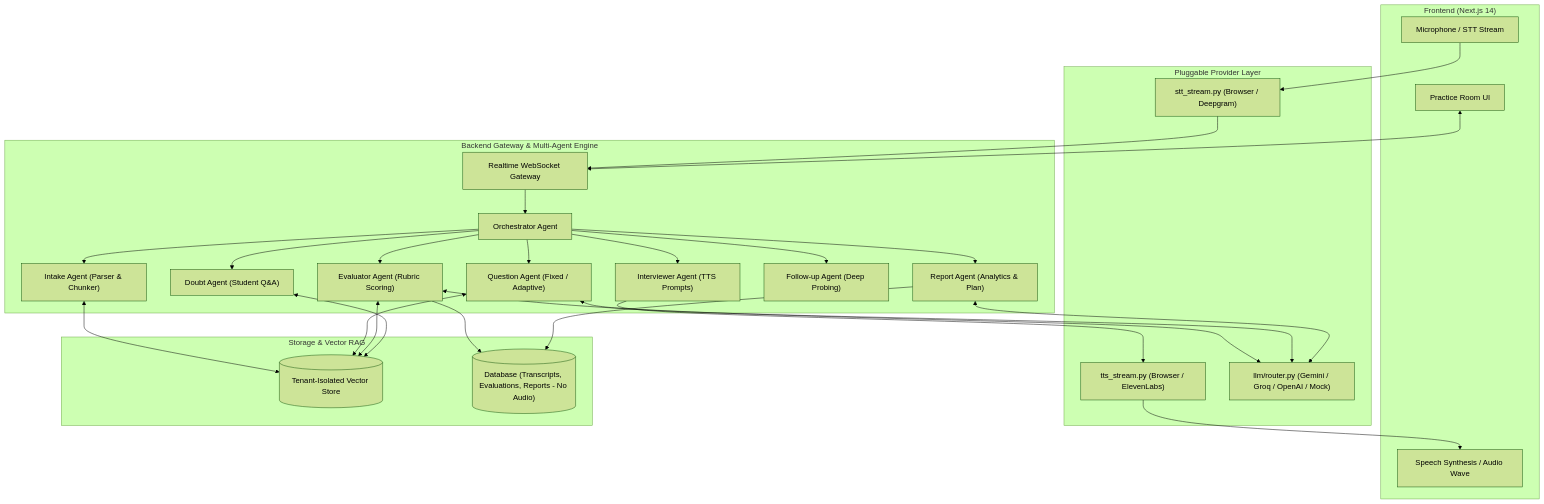
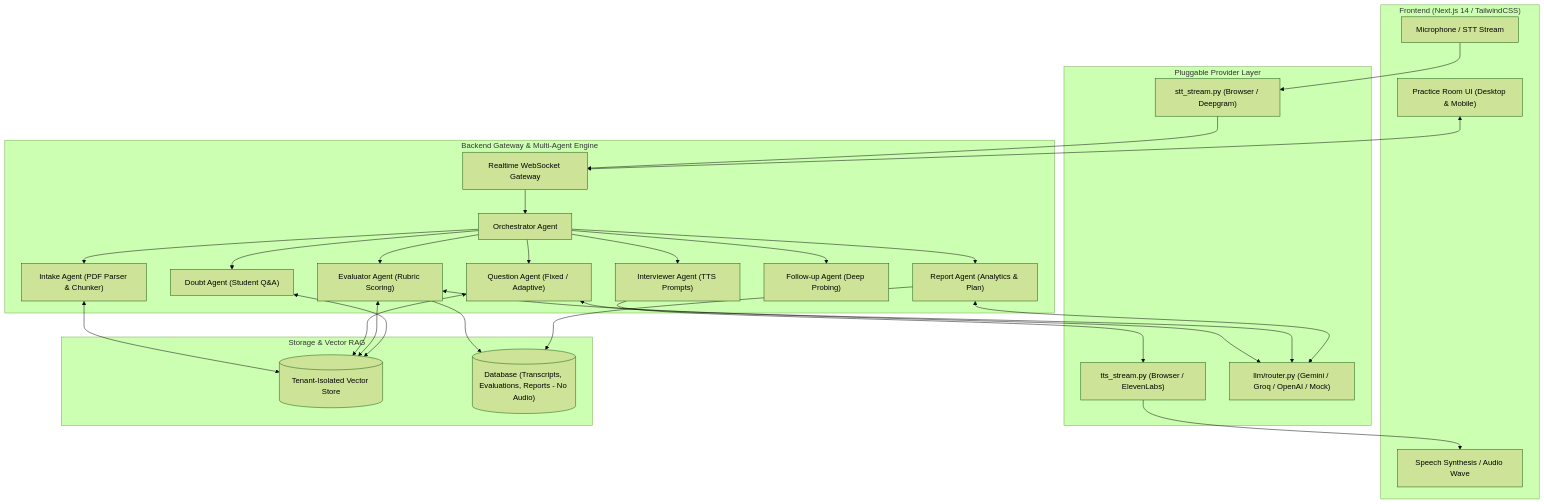
Before and after one commit to Anu7276/VIVORA: the first of 2 diagrams in README.md, drawn with Mermaid (forest theme). The commit also changed other lines of this file and 1 other file, not shown here.

````diff
--- a/README.md
+++ b/README.md
@@ -41,40 +70,40 @@
 ```mermaid
 flowchart TB
-    subgraph Client["Frontend (Next.js 14)"]
-        UI["Practice Room UI"]
+    subgraph Client["Frontend (Next.js 14 / TailwindCSS)"]
+        UI["Practice Room UI (Desktop & Mobile)"]
         MIC["Microphone / STT Stream"]
         TTS["Speech Synthesis / Audio Wave"]
     end
 
     subgraph Core["Backend Gateway & Multi-Agent Engine"]
         WS["Realtime WebSocket Gateway"]
         ORC["Orchestrator Agent"]
-        INTAKE["Intake Agent (Parser & Chunker)"]
+        INTAKE["Intake Agent (PDF Parser & Chunker)"]
         QA["Question Agent (Fixed / Adaptive)"]
         INT["Interviewer Agent (TTS Prompts)"]
         EVAL["Evaluator Agent (Rubric Scoring)"]
         DOUBT["Doubt Agent (Student Q&A)"]
         FU["Follow-up Agent (Deep Probing)"]
         REP["Report Agent (Analytics & Plan)"]
     end
 
     subgraph Providers["Pluggable Provider Layer"]
         STTP["stt_stream.py (Browser / Deepgram)"]
         TTSP["tts_stream.py (Browser / ElevenLabs)"]
         LLMP["llm/router.py (Gemini / Groq / OpenAI / Mock)"]
     end
 
     subgraph DataLayer["Storage & Vector RAG"]
         VDB[("Tenant-Isolated Vector Store")]
         DB[("Database (Transcripts, Evaluations, Reports - No Audio)")]
     end
 
     UI <--> WS
     WS --> ORC
     ORC --> INTAKE & QA & INT & EVAL & DOUBT & FU & REP
     INT --> TTSP --> TTS
     MIC --> STTP --> WS
     INTAKE & QA & EVAL & DOUBT <--> VDB
     EVAL & QA & REP <--> LLMP
     EVAL & REP --> DB
 ```
````
